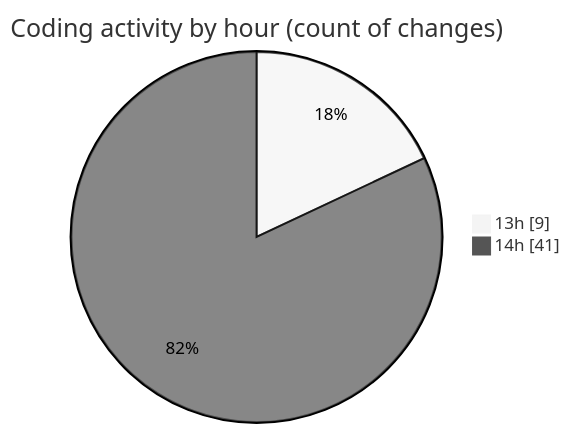
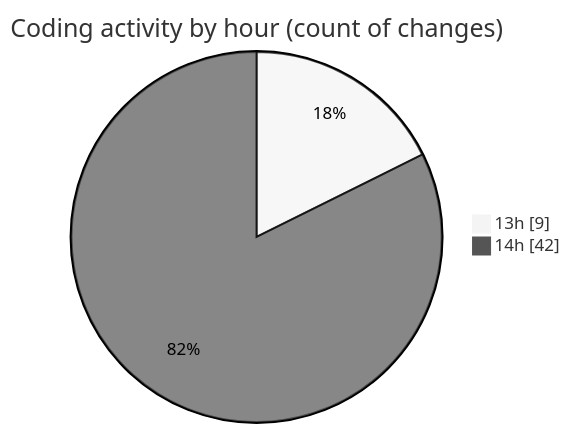
Before and after one commit to lephambinh05/code-tracking: the second of 2 diagrams in 2025-08-18/nextui-dashboard-template/README.md, drawn with Mermaid (neutral theme). The commit also changed other lines of this file and 1 other file, not shown here.

````diff
--- a/2025-08-18/nextui-dashboard-template/README.md
+++ b/2025-08-18/nextui-dashboard-template/README.md
@@ -53,6 +54,6 @@
 ```mermaid
 pie showData
 title Coding activity by hour (count of changes)
 "13h" : 9
-"14h" : 41
+"14h" : 42
 ```
````
